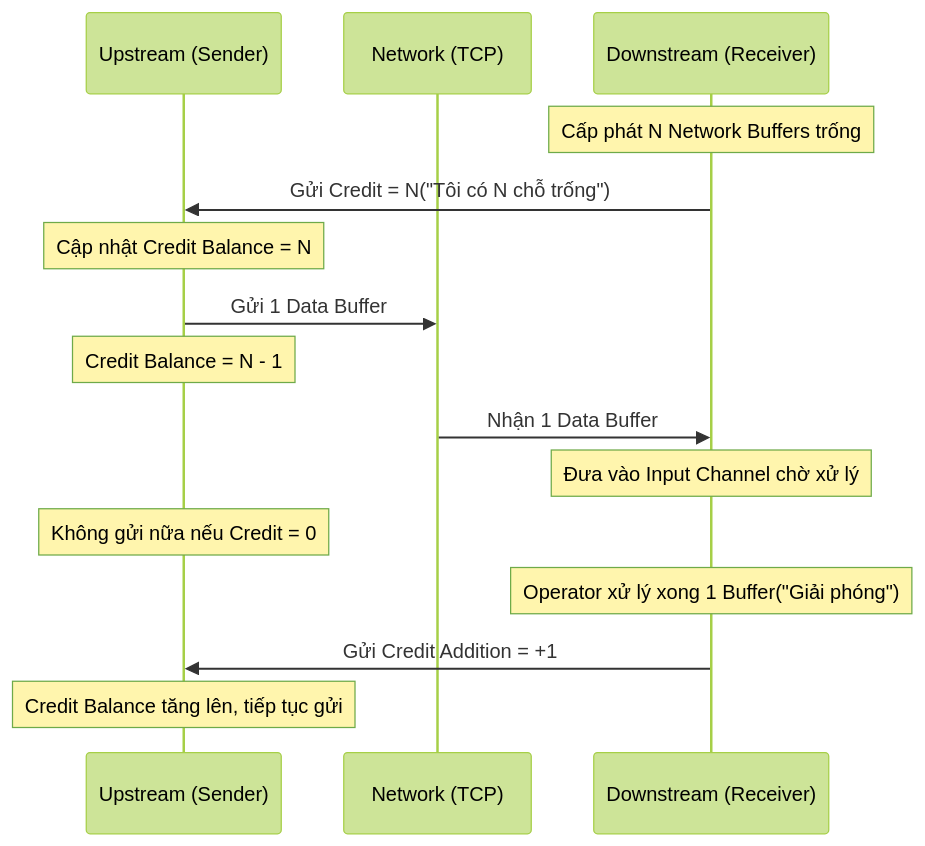
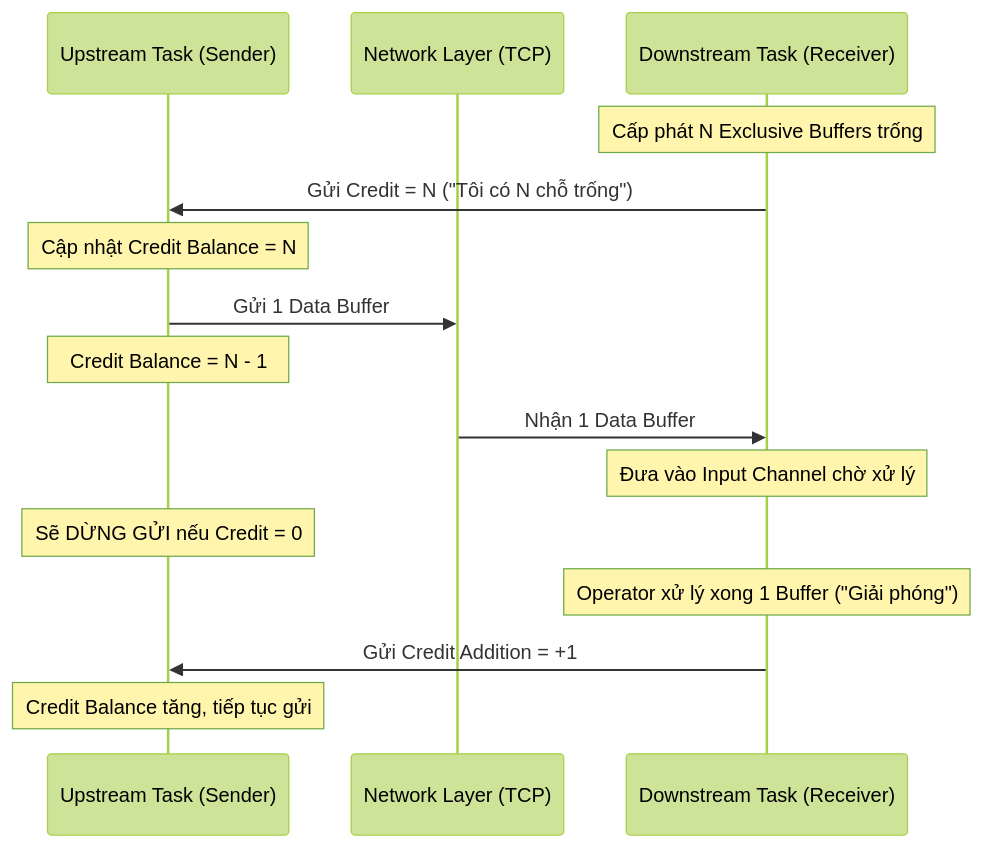
Before and after one commit to kythuatdulieu/kythuatdulieu.github.io: the first of 2 diagrams in src/content/docs/concepts/5-stream-processing-realtime/flink-backpressure.md, drawn with Mermaid (forest theme). The commit also changed other lines of this file and 228 other files, not shown here.

Commit message:
Fix syntax and rewrite 200+ concepts docs to deep-dive system architecture and add GA4 tracking to quiz app

````diff
--- a/src/content/docs/concepts/5-stream-processing-realtime/flink-backpressure.md
+++ b/src/content/docs/concepts/5-stream-processing-realtime/flink-backpressure.md
@@ -39,18 +44,18 @@
 ```mermaid
 sequenceDiagram
-    participant U as Upstream (Sender)
-    participant N as Network (TCP)
-    participant D as Downstream (Receiver)
+    participant U as Upstream Task (Sender)
+    participant N as Network Layer (TCP)
+    participant D as Downstream Task (Receiver)
     
-    Note over D: Cấp phát N Network Buffers trống
-    D->>U: Gửi Credit = N("Tôi có N chỗ trống")
+    Note over D: Cấp phát N Exclusive Buffers trống
+    D->>U: Gửi Credit = N ("Tôi có N chỗ trống")
     Note over U: Cập nhật Credit Balance = N
     U->>N: Gửi 1 Data Buffer
     Note over U: Credit Balance = N - 1
     N->>D: Nhận 1 Data Buffer
     Note over D: Đưa vào Input Channel chờ xử lý
-    Note over U: Không gửi nữa nếu Credit = 0
-    Note over D: Operator xử lý xong 1 Buffer("Giải phóng")
+    Note over U: Sẽ DỪNG GỬI nếu Credit = 0
+    Note over D: Operator xử lý xong 1 Buffer ("Giải phóng")
     D->>U: Gửi Credit Addition = +1
-    Note over U: Credit Balance tăng lên, tiếp tục gửi
+    Note over U: Credit Balance tăng, tiếp tục gửi
 ```
````
